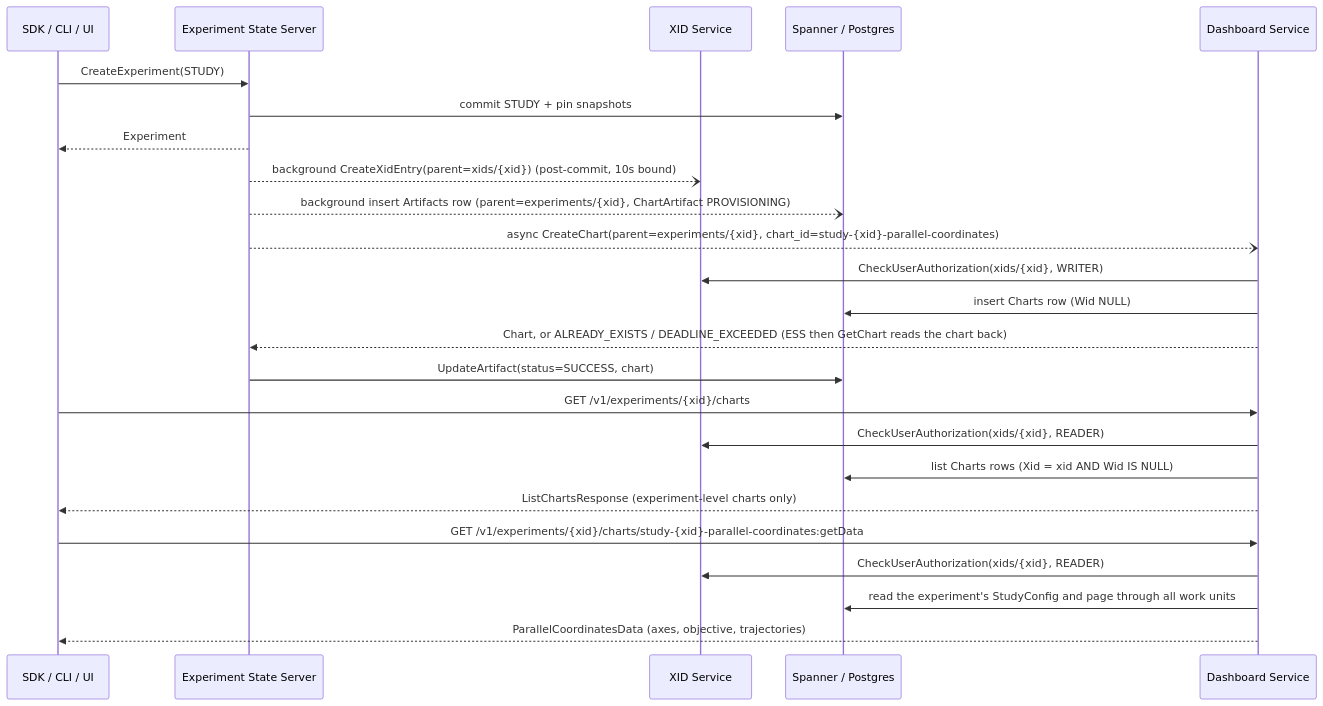
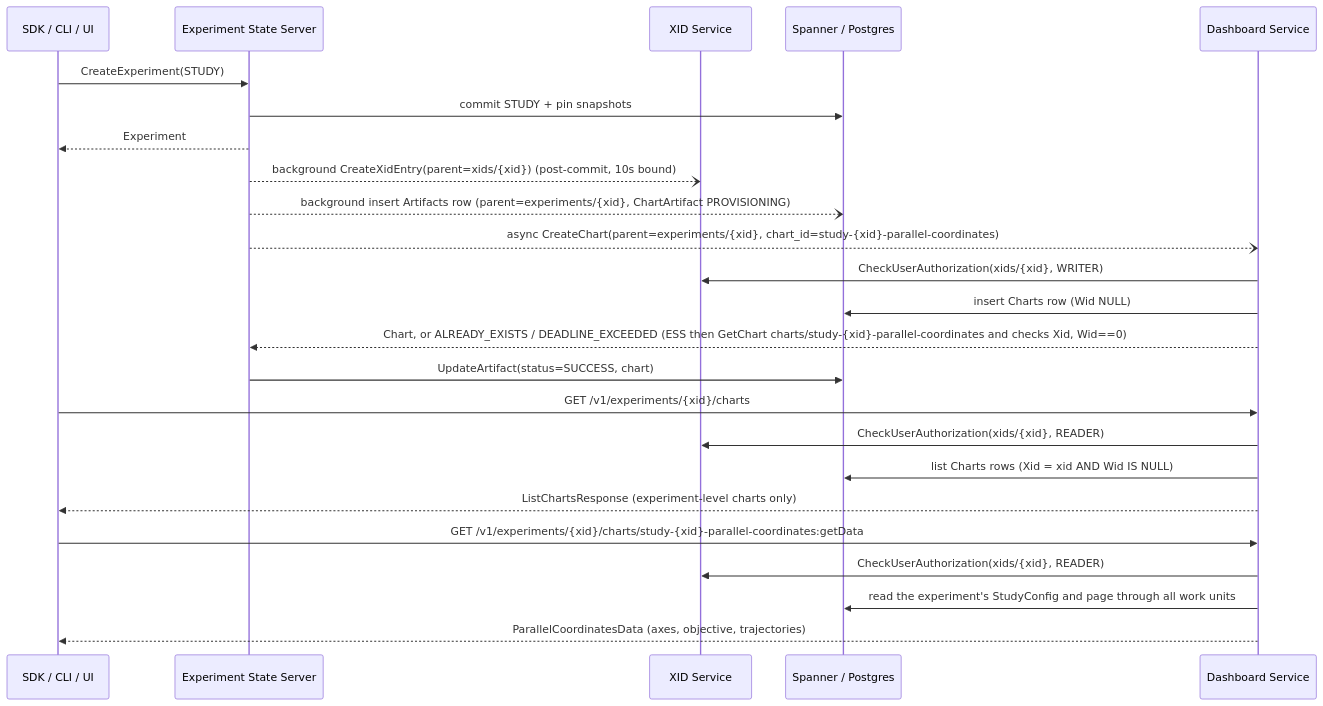
One commit to google/xmc changed the third of 3 diagrams in docs/flows/study_lifecycle.md. Above: the diagram before and after it, drawn with Mermaid. The commit also changed other lines of this file and 11 other files, not shown here.

````diff
--- a/docs/flows/study_lifecycle.md
+++ b/docs/flows/study_lifecycle.md
@@ -164,27 +165,27 @@
 ```mermaid
 sequenceDiagram
     participant Client as SDK / CLI / UI
     participant ESS as Experiment State Server
     participant XID as XID Service
     participant DB as Spanner / Postgres
     participant DS as Dashboard Service
 
     Client->>ESS: CreateExperiment(STUDY)
     ESS->>DB: commit STUDY + pin snapshots
     ESS-->>Client: Experiment
     ESS--)XID: background CreateXidEntry(parent=xids/{xid}) (post-commit, 10s bound)
     ESS--)DB: background insert Artifacts row (parent=experiments/{xid}, ChartArtifact PROVISIONING)
     ESS--)DS: async CreateChart(parent=experiments/{xid}, chart_id=study-{xid}-parallel-coordinates)
     DS->>XID: CheckUserAuthorization(xids/{xid}, WRITER)
     DS->>DB: insert Charts row (Wid NULL)
-    DS-->>ESS: Chart, or ALREADY_EXISTS / DEADLINE_EXCEEDED (ESS then GetChart reads the chart back)
+    DS-->>ESS: Chart, or ALREADY_EXISTS / DEADLINE_EXCEEDED (ESS then GetChart charts/study-{xid}-parallel-coordinates and checks Xid, Wid==0)
     ESS->>DB: UpdateArtifact(status=SUCCESS, chart)
     Client->>DS: GET /v1/experiments/{xid}/charts
     DS->>XID: CheckUserAuthorization(xids/{xid}, READER)
     DS->>DB: list Charts rows (Xid = xid AND Wid IS NULL)
     DS-->>Client: ListChartsResponse (experiment-level charts only)
     Client->>DS: GET /v1/experiments/{xid}/charts/study-{xid}-parallel-coordinates:getData
     DS->>XID: CheckUserAuthorization(xids/{xid}, READER)
     DS->>DB: read the experiment's StudyConfig and page through all work units
     DS-->>Client: ParallelCoordinatesData (axes, objective, trajectories)
 ```
````
